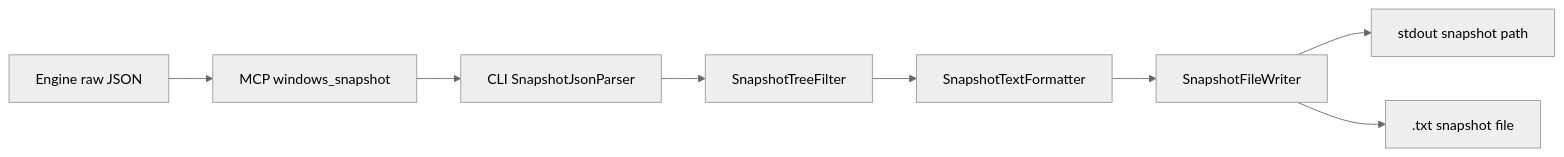
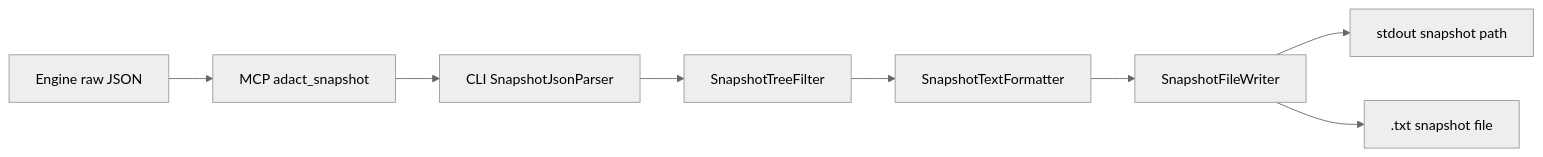
Before and after one commit to 84q/adact: the first of 2 diagrams in docs/architecture/snapshot-pipeline.md, drawn with Mermaid (neutral theme). The commit also changed other lines of this file and 75 other files, not shown here.

First line of the commit message:
rename: MCP tool names from windows_* to adact_* prefix

````diff
--- a/docs/architecture/snapshot-pipeline.md
+++ b/docs/architecture/snapshot-pipeline.md
@@ -5,15 +5,15 @@
 ```mermaid
 flowchart LR
 	engine[Engine raw JSON]
-	mcp[MCP windows_snapshot]
+	mcp[MCP adact_snapshot]
 	parser[CLI SnapshotJsonParser]
 	filter[SnapshotTreeFilter]
 	formatter[SnapshotTextFormatter]
 	writer[SnapshotFileWriter]
 	stdout[stdout snapshot path]
 	file[.txt snapshot file]
 
 	engine --> mcp --> parser --> filter --> formatter --> writer
 	writer --> stdout
 	writer --> file
 ```
````
